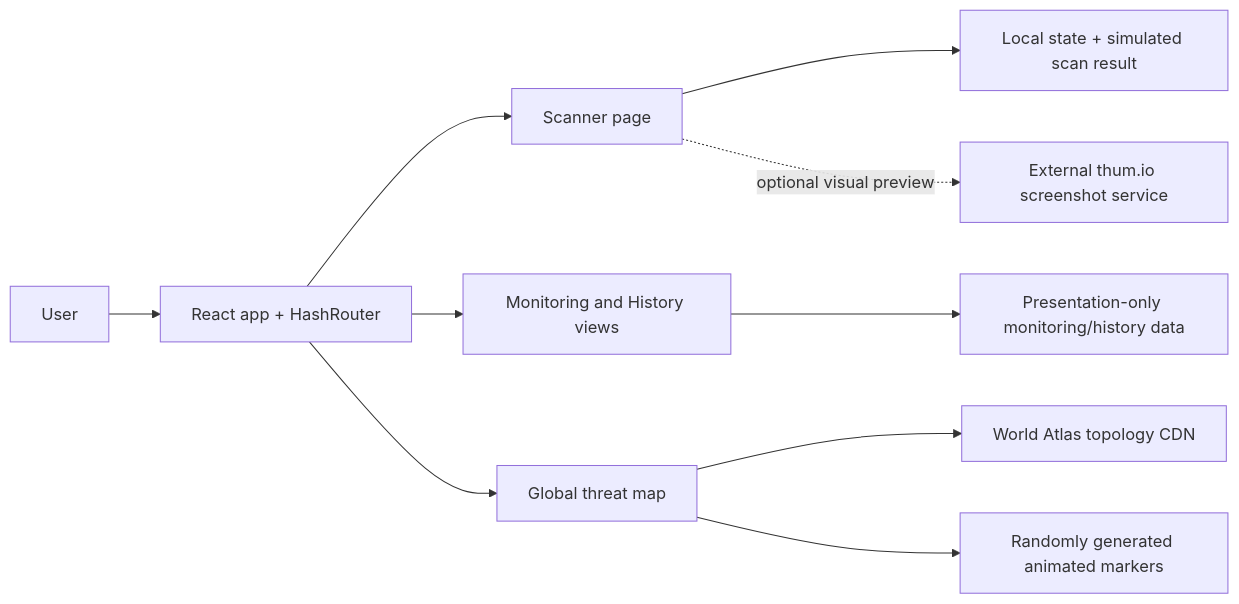
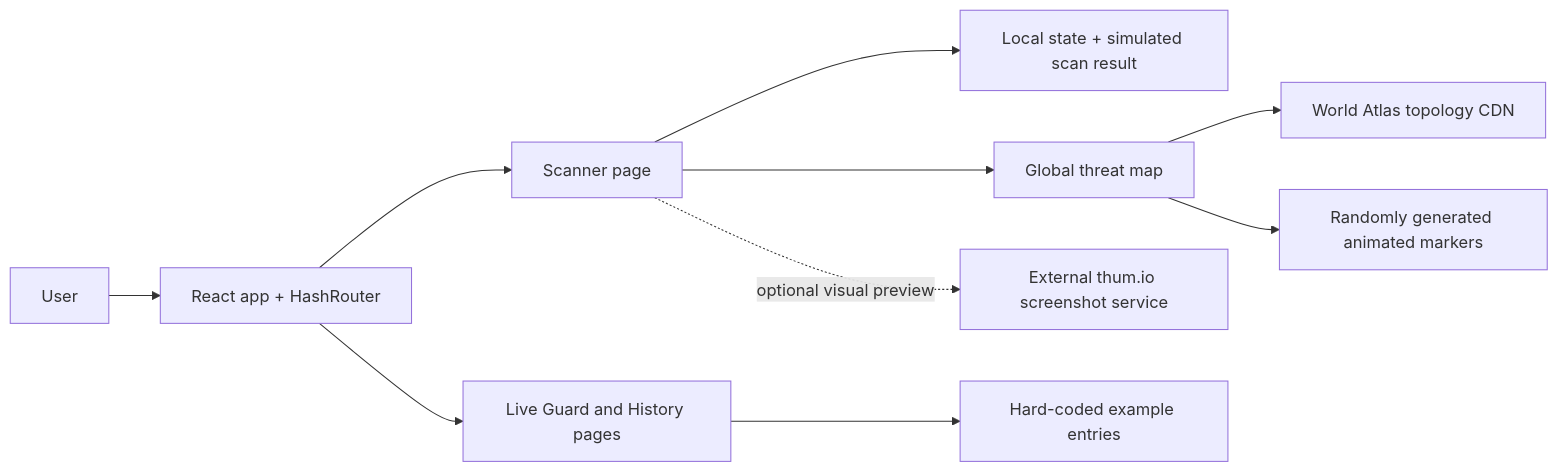
Before and after one commit to Cod4Nitish/PhishGuard-AI: the diagram in README.md, drawn with Mermaid. The commit also changed other lines of this file and 3 other files, not shown here.

````diff
--- a/README.md
+++ b/README.md
@@ -21,12 +27,12 @@
 ```mermaid
 flowchart LR
     U[User] --> R[React app + HashRouter]
     R --> H[Scanner page]
-    R --> M[Monitoring and History views]
+    R --> M[Live Guard and History pages]
     H --> S[Local state + simulated scan result]
-    M --> T[Presentation-only monitoring/history data]
-    R --> G[Global threat map]
+    H --> G[Global threat map]
     G --> W[World Atlas topology CDN]
     G --> X[Randomly generated animated markers]
+    M --> T[Hard-coded example entries]
     H -. optional visual preview .-> P[External thum.io screenshot service]
 ```
````
